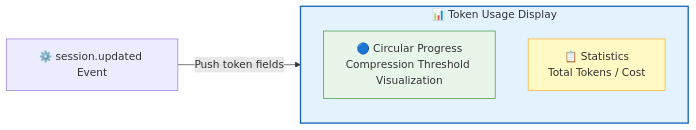
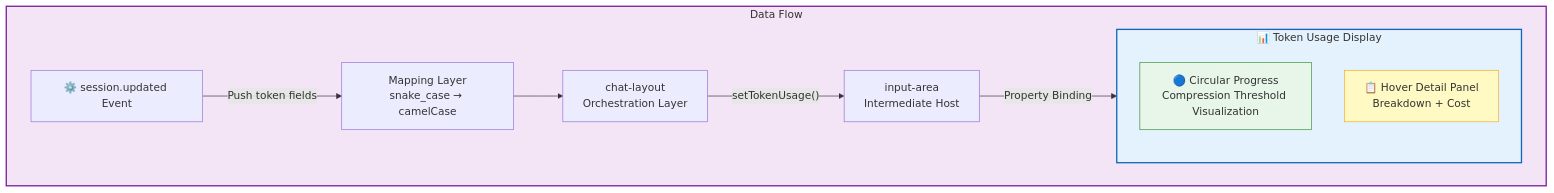
One commit to rtc-agent/docs changed the ninth of 9 diagrams in src/content/docs/en/features/messaging.md. Above: the diagram before and after it, drawn with Mermaid. The commit also changed other lines of this file and 35 other files, not shown here.

````diff
--- a/src/content/docs/en/features/messaging.md
+++ b/src/content/docs/en/features/messaging.md
@@ -325,13 +325,19 @@
 ```mermaid
-flowchart LR
+flowchart TD
     subgraph DISPLAY["📊 Token Usage Display"]
         RING["🔵 Circular Progress<br/>Compression Threshold Visualization"]
-        INFO["📋 Statistics<br/>Total Tokens / Cost"]
+        TOOLTIP["📋 Hover Detail Panel<br/>Breakdown + Cost"]
     end
 
-    Server["⚙️ session.updated Event"] -->|"Push token fields"| DISPLAY
+    subgraph DATAFLOW["Data Flow"]
+        Server["⚙️ session.updated Event"] -->|"Push token fields"| Mapping["Mapping Layer<br/>snake_case → camelCase"]
+        Mapping --> Layout["chat-layout<br/>Orchestration Layer"]
+        Layout -->|"setTokenUsage()"| InputArea["input-area<br/>Intermediate Host"]
+        InputArea -->|"Property Binding"| DISPLAY
+    end
 
     style DISPLAY fill:#e3f2fd,stroke:#1565c0,stroke-width:2px
     style RING fill:#e8f5e9,stroke:#388e3c
-    style INFO fill:#fff9c4,stroke:#f9a825
+    style TOOLTIP fill:#fff9c4,stroke:#f9a825
+    style DATAFLOW fill:#f3e5f5,stroke:#7b1fa2,stroke-width:2px
 ```
````
